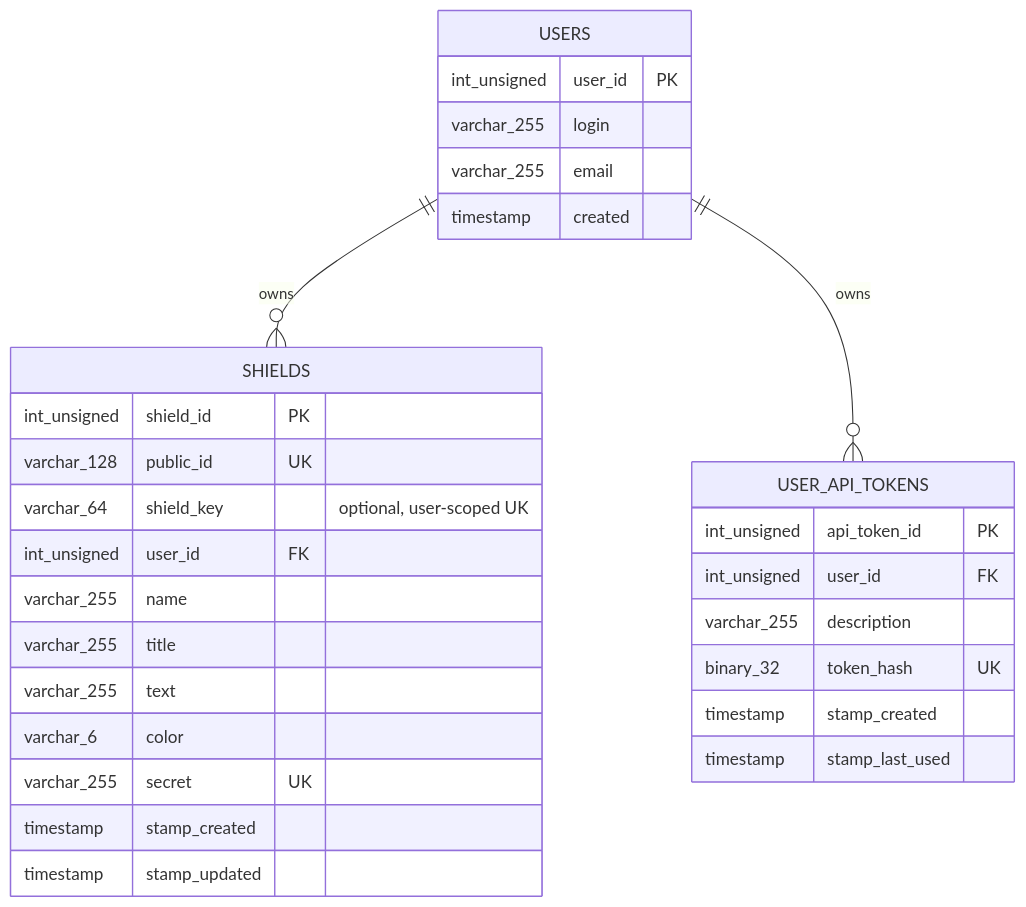
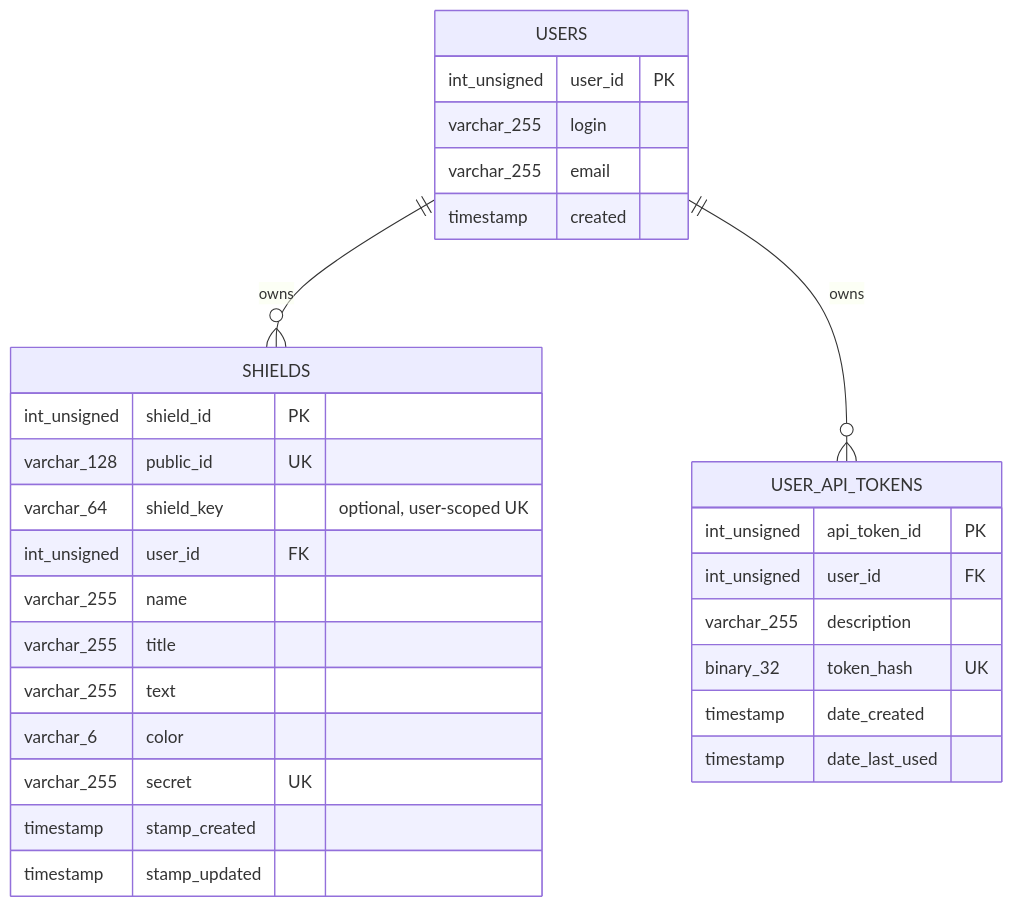
The second of 3 diagrams in ARCHITECTURE.md (ShieldedDotDev/shieldeddotdev), drawn with Mermaid before and after one commit. The commit also changed other lines of this file and 3 other files, not shown here.

````diff
--- a/ARCHITECTURE.md
+++ b/ARCHITECTURE.md
@@ -115,32 +115,32 @@
 ```mermaid
 erDiagram
   USERS ||--o{ SHIELDS : owns
   USERS ||--o{ USER_API_TOKENS : owns
   USERS {
     int_unsigned user_id PK
     varchar_255 login
     varchar_255 email
     timestamp created
   }
   SHIELDS {
     int_unsigned shield_id PK
     varchar_128 public_id UK
     varchar_64 shield_key "optional, user-scoped UK"
     int_unsigned user_id FK
     varchar_255 name
     varchar_255 title
     varchar_255 text
     varchar_6 color
     varchar_255 secret UK
     timestamp stamp_created
     timestamp stamp_updated
   }
   USER_API_TOKENS {
     int_unsigned api_token_id PK
     int_unsigned user_id FK
     varchar_255 description
     binary_32 token_hash UK
-    timestamp stamp_created
-    timestamp stamp_last_used
+    timestamp date_created
+    timestamp date_last_used
   }
 ```
````
